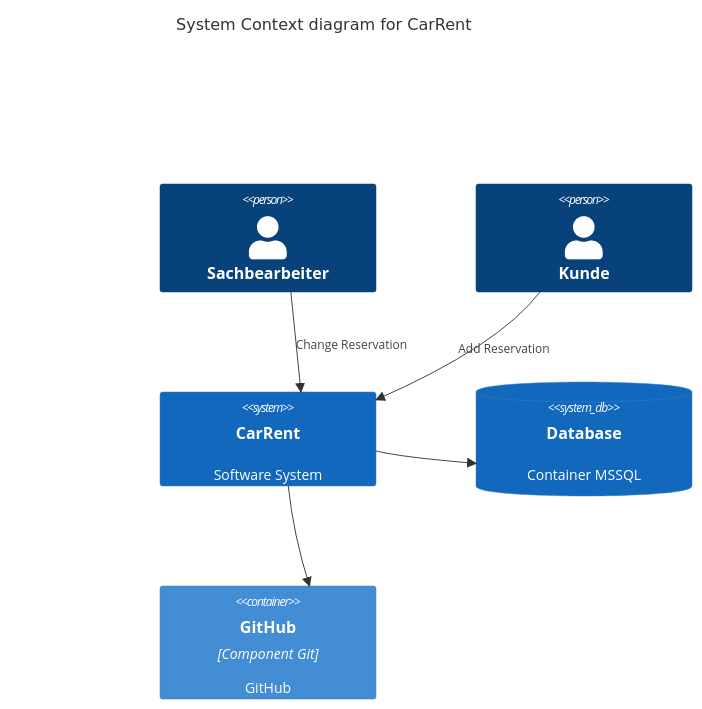
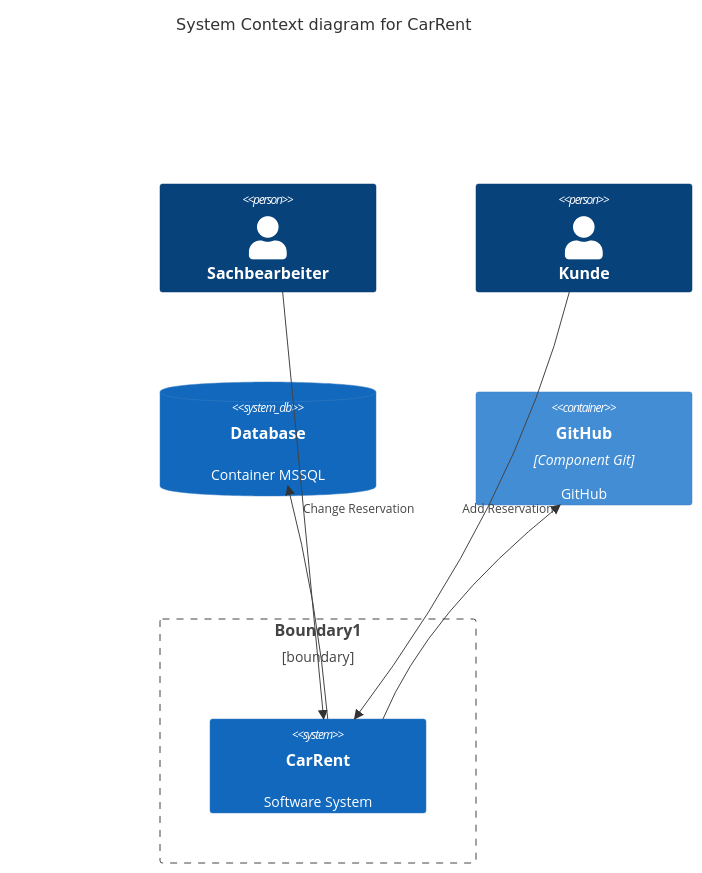
Before and after one commit to tsolenthaler/zbw-sad-carrent2124: the first of 2 diagrams in README.md, drawn with Mermaid.

Commit message:
add boundary

````diff
--- a/README.md
+++ b/README.md
@@ -6,21 +6,21 @@
 ```mermaid
 C4Context
     title System Context diagram for CarRent
 
     Person(Sachbearbeiter, "Sachbearbeiter")
     Person(Kunde, "Kunde")
 
-
-    System(CarRent, "CarRent", "Software System")
-
+    Boundary(b1, "Boundary1", "boundary") {
+        System(CarRent, "CarRent", "Software System")
+    }
 
     SystemDb(Database, "Database", "Container MSSQL")
     Container(github, "GitHub", "Component Git", "GitHub")
 
     Rel(Sachbearbeiter, CarRent, "Change Reservation")
     Rel(Kunde, CarRent, "Add Reservation")
     Rel(CarRent, Database, "")
     Rel(CarRent, github, "")
 
     UpdateLayoutConfig($c4ShapeInRow="2", $c4BoundaryInRow="1")
 ```
````
